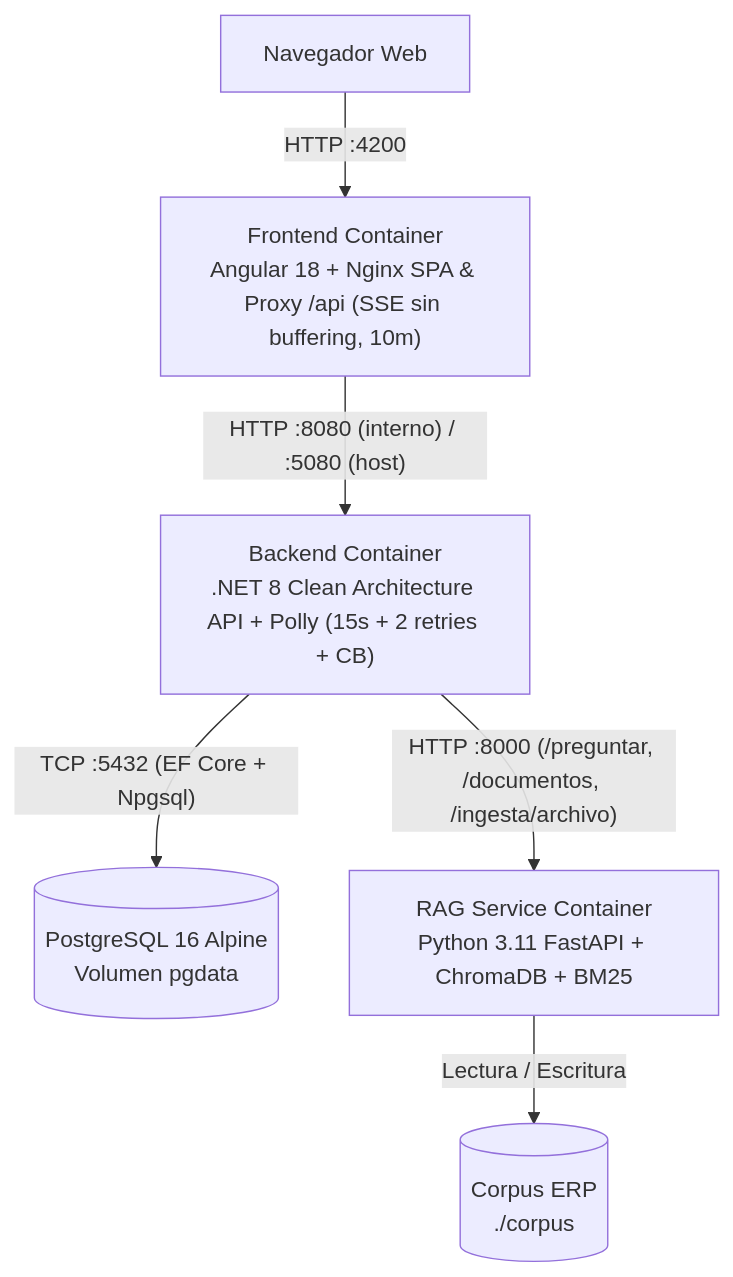
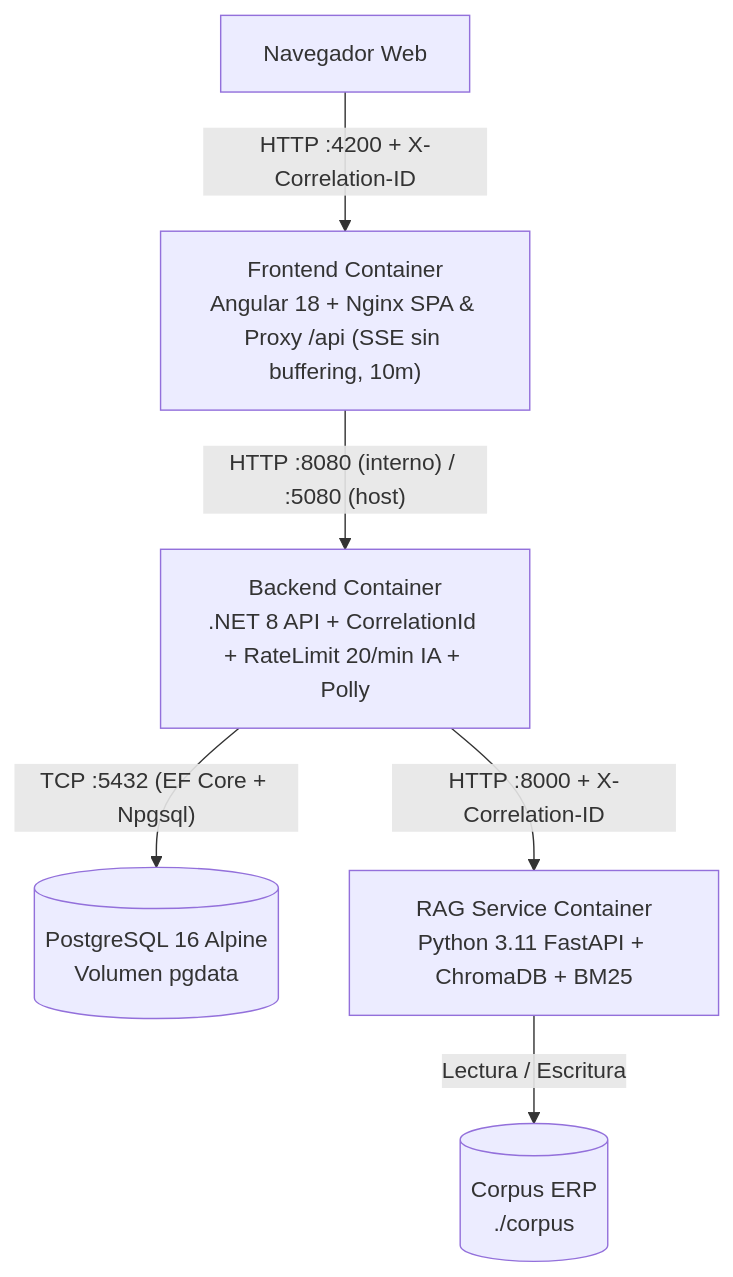
Before and after one commit to santiagograci/MesaAyuda-IA: the second of 3 diagrams in docs/01-arquitectura-y-adrs.md, drawn with Mermaid. The commit also changed other lines of this file and 13 other files, not shown here.

Commit message:
feat(observability): add distributed X-Correlation-ID, AI rate limiting and Azure target architecture docs

````diff
--- a/docs/01-arquitectura-y-adrs.md
+++ b/docs/01-arquitectura-y-adrs.md
@@ -25,8 +25,8 @@
 ```mermaid
 flowchart TB
-    Browser["Navegador Web"] -->|"HTTP :4200"| FE["Frontend Container\nAngular 18 + Nginx SPA & Proxy /api (SSE sin buffering, 10m)"]
-    FE -->|"HTTP :8080 (interno) / :5080 (host)"| API["Backend Container\n.NET 8 Clean Architecture API + Polly (15s + 2 retries + CB)"]
+    Browser["Navegador Web"] -->|"HTTP :4200 + X-Correlation-ID"| FE["Frontend Container\nAngular 18 + Nginx SPA & Proxy /api (SSE sin buffering, 10m)"]
+    FE -->|"HTTP :8080 (interno) / :5080 (host)"| API["Backend Container\n.NET 8 API + CorrelationId + RateLimit 20/min IA + Polly"]
     API -->|"TCP :5432 (EF Core + Npgsql)"| PG[("PostgreSQL 16 Alpine\nVolumen pgdata")]
-    API -->|"HTTP :8000 (/preguntar, /documentos, /ingesta/archivo)"| RAG["RAG Service Container\nPython 3.11 FastAPI + ChromaDB + BM25"]
+    API -->|"HTTP :8000 + X-Correlation-ID"| RAG["RAG Service Container\nPython 3.11 FastAPI + ChromaDB + BM25"]
     RAG -->|"Lectura / Escritura"| CorpusVol[("Corpus ERP\n./corpus")]
 ```
````
